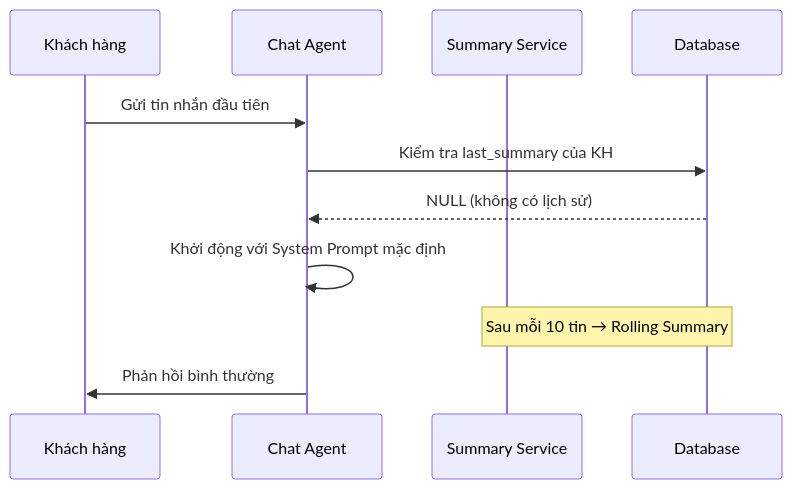
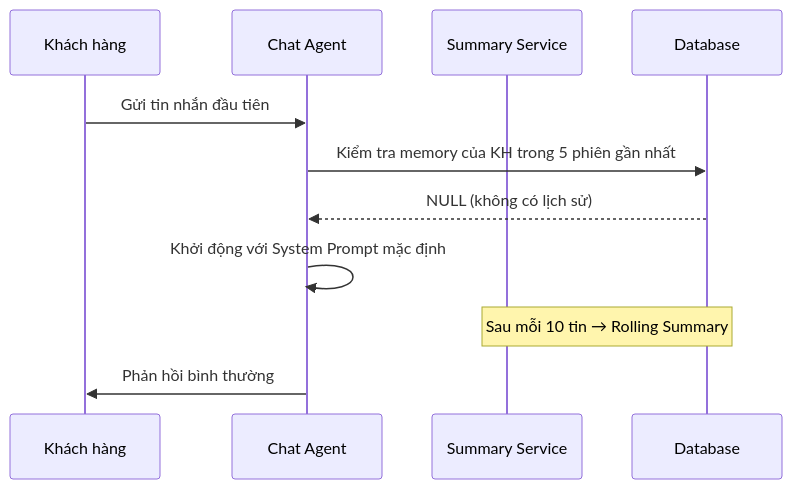
Before and after one commit to Mira-Miraaa/Gapone-Conversation: the second of 4 diagrams in Docs/AI_Chatbot/prd-conversation-summary.md, drawn with Mermaid. The commit also changed other lines of this file and 1 other file, not shown here.

Commit message:
docs: update conversation memory and summary PRDs to reflect recent architecture changes

````diff
--- a/Docs/AI_Chatbot/prd-conversation-summary.md
+++ b/Docs/AI_Chatbot/prd-conversation-summary.md
@@ -118,14 +140,14 @@
 ```mermaid
 sequenceDiagram
     participant KH as Khách hàng
     participant Chat as Chat Agent
     participant SS as Summary Service
     participant DB as Database
 
     KH->>Chat: Gửi tin nhắn đầu tiên
-    Chat->>DB: Kiểm tra last_summary của KH
+    Chat->>DB: Kiểm tra memory của KH trong 5 phiên gần nhất
     DB-->>Chat: NULL (không có lịch sử)
     Chat->>Chat: Khởi động với System Prompt mặc định
     Note over SS,DB: Sau mỗi 10 tin → Rolling Summary
     Chat->>KH: Phản hồi bình thường
 ```
````
